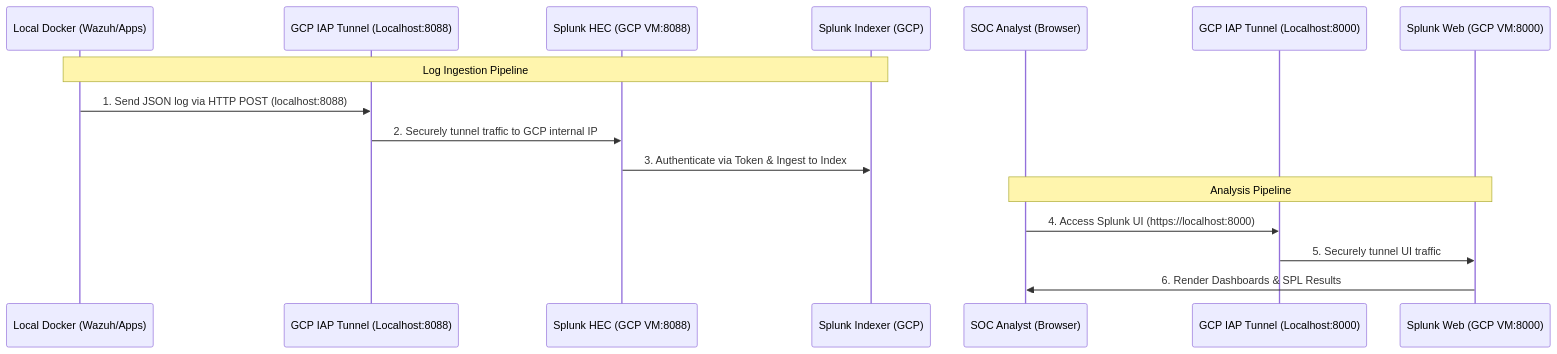
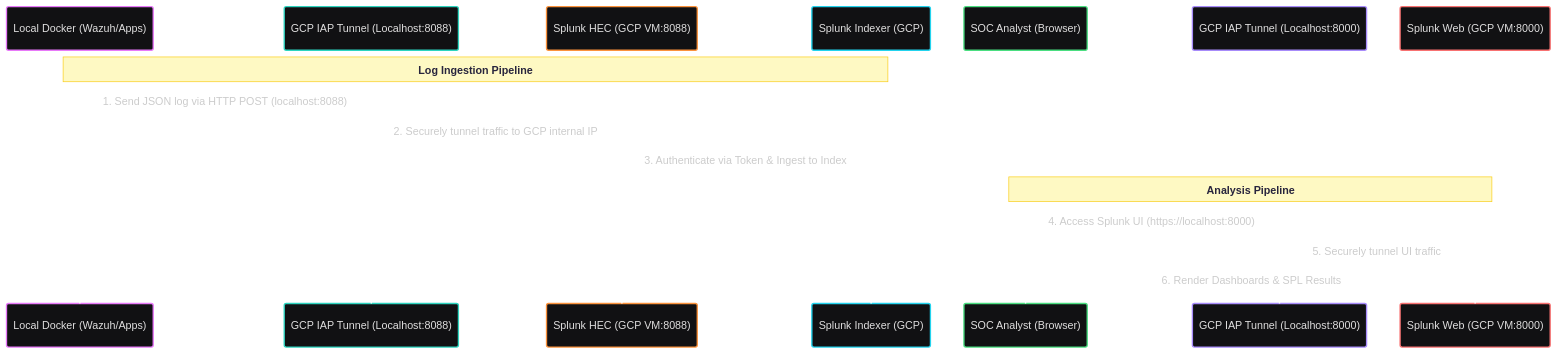
The second of 2 diagrams in AI-Security-Lab/README.md (z1r0h/GCP-Homelab), drawn with Mermaid before and after one commit.

Commit message:
Modify mermaid diagram settings in README
Updated the mermaid diagram configuration in the README to enhance visualization and clarity.

````diff
--- a/AI-Security-Lab/README.md
+++ b/AI-Security-Lab/README.md
@@ -77,21 +77,24 @@
 ```mermaid
+---
+config:
+  theme: redux-dark-color
+  look: handDrawn
+  fontFamily: '''Merriweather Variable'', serif'
+---
 sequenceDiagram
     participant Docker as Local Docker (Wazuh/Apps)
     participant IAP as GCP IAP Tunnel (Localhost:8088)
     participant HEC as Splunk HEC (GCP VM:8088)
     participant Splunk as Splunk Indexer (GCP)
-    
     Note over Docker, Splunk: Log Ingestion Pipeline
     Docker->>IAP: 1. Send JSON log via HTTP POST (localhost:8088)
     IAP->>HEC: 2. Securely tunnel traffic to GCP internal IP
     HEC->>Splunk: 3. Authenticate via Token & Ingest to Index
-    
     participant Analyst as SOC Analyst (Browser)
     participant IAPWeb as GCP IAP Tunnel (Localhost:8000)
     participant Web as Splunk Web (GCP VM:8000)
-    
     Note over Analyst, Web: Analysis Pipeline
     Analyst->>IAPWeb: 4. Access Splunk UI (https://localhost:8000)
     IAPWeb->>Web: 5. Securely tunnel UI traffic
     Web->>Analyst: 6. Render Dashboards & SPL Results
 ```
````
